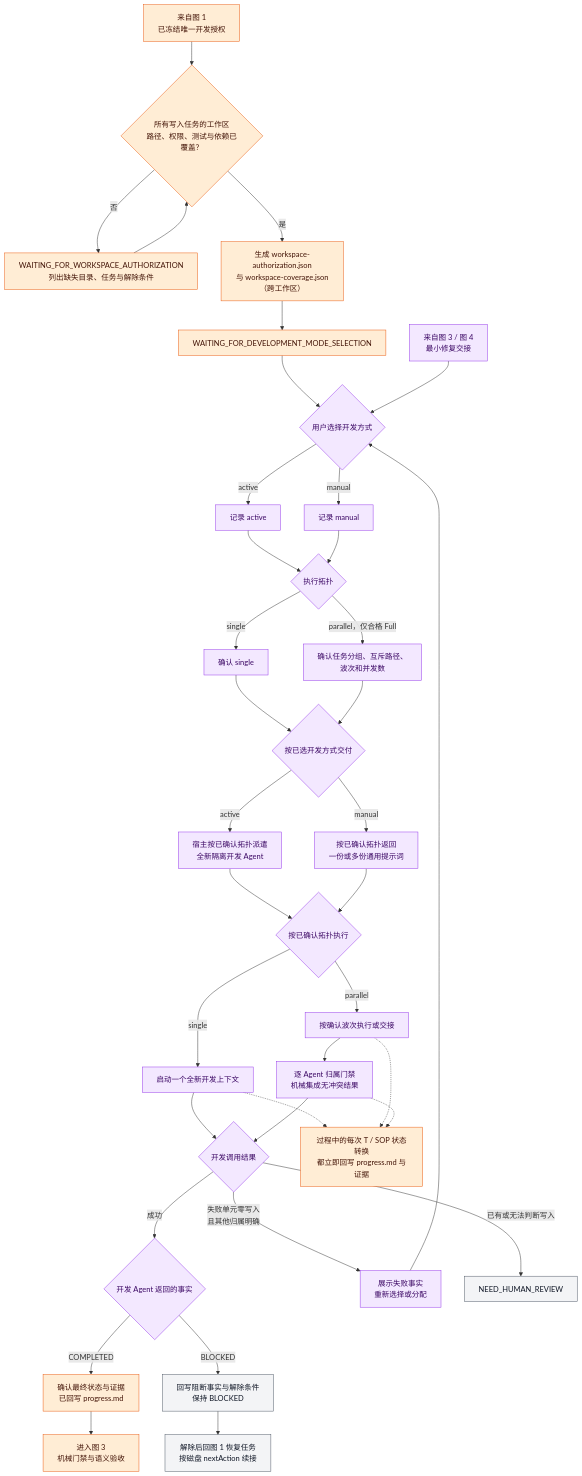
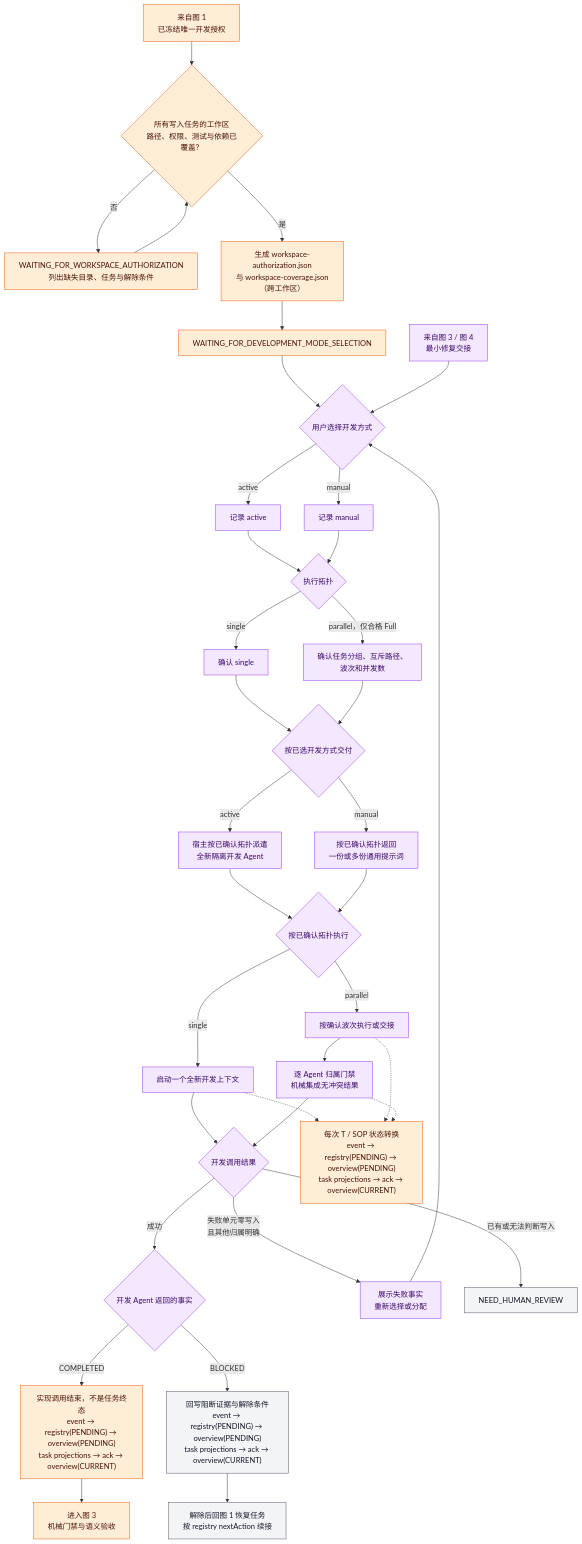
One commit to feng123321li/gated-ai-dev-loop changed the third of 5 diagrams in skills/gated-ai-dev-loop/references/workflow.md. Above: the diagram before and after it, drawn with Mermaid. The commit also changed other lines of this file and 15 other files, not shown here.

Commit message:
feat(skill): add deterministic workspace task registry

````diff
--- a/skills/gated-ai-dev-loop/references/workflow.md
+++ b/skills/gated-ai-dev-loop/references/workflow.md
@@ -97,50 +101,50 @@
 ```mermaid
 flowchart TD
     START["来自图 1<br/>已冻结唯一开发授权"] --> WORKSPACE_CHECK{"所有写入任务的工作区<br/>路径、权限、测试与依赖已覆盖？"}
     WORKSPACE_CHECK -->|否| WORKSPACE_WAIT["WAITING_FOR_WORKSPACE_AUTHORIZATION<br/>列出缺失目录、任务与解除条件"]
     WORKSPACE_WAIT --> WORKSPACE_CHECK
     WORKSPACE_CHECK -->|是| WORKSPACE_PASS["生成 workspace-authorization.json<br/>与 workspace-coverage.json（跨工作区）"]
 
     WORKSPACE_PASS --> MODE_WAIT["WAITING_FOR_DEVELOPMENT_MODE_SELECTION"]
     MODE_WAIT --> DEV_MODE{"用户选择开发方式"}
     REPAIR_IN["来自图 3 / 图 4<br/>最小修复交接"] --> DEV_MODE
 
     DEV_MODE -->|active| ACTIVE_SELECTED["记录 active"]
     DEV_MODE -->|manual| MANUAL_SELECTED["记录 manual"]
     ACTIVE_SELECTED --> TOPOLOGY{"执行拓扑"}
     MANUAL_SELECTED --> TOPOLOGY
     TOPOLOGY -->|single| SINGLE_PLAN["确认 single"]
     TOPOLOGY -->|parallel，仅合格 Full| PARALLEL_PLAN["确认任务分组、互斥路径、<br/>波次和并发数"]
     SINGLE_PLAN --> DISPATCH{"按已选开发方式交付"}
     PARALLEL_PLAN --> DISPATCH
     DISPATCH -->|active| ACTIVE_HOST["宿主按已确认拓扑派遣<br/>全新隔离开发 Agent"]
     DISPATCH -->|manual| MANUAL_RUNTIME["按已确认拓扑返回<br/>一份或多份通用提示词"]
     ACTIVE_HOST --> EXECUTION{"按已确认拓扑执行"}
     MANUAL_RUNTIME --> EXECUTION
     EXECUTION -->|single| SINGLE_DEV["启动一个全新开发上下文"]
     EXECUTION -->|parallel| PARALLEL_DEV["按确认波次执行或交接"]
     PARALLEL_DEV --> INTEGRATE["逐 Agent 归属门禁<br/>机械集成无冲突结果"]
 
     SINGLE_DEV --> ACTIVE_RESULT{"开发调用结果"}
     INTEGRATE --> ACTIVE_RESULT
     ACTIVE_RESULT -->|成功| DEV_RESULT{"开发 Agent 返回的事实"}
     ACTIVE_RESULT -->|失败单元零写入<br/>且其他归属明确| RESELECT["展示失败事实<br/>重新选择或分配"]
     RESELECT --> DEV_MODE
     ACTIVE_RESULT -->|已有或无法判断写入| HUMAN["NEED_HUMAN_REVIEW"]
 
-    DEV_RESULT -->|COMPLETED| WRITEBACK["确认最终状态与证据<br/>已回写 progress.md"]
-    DEV_RESULT -->|BLOCKED| BLOCKED["回写阻断事实与解除条件<br/>保持 BLOCKED"]
-    BLOCKED --> RESUME_BLOCKED["解除后回图 1 恢复任务<br/>按磁盘 nextAction 续接"]
-    SINGLE_DEV -.-> PROGRESS_NOTE["过程中的每次 T / SOP 状态转换<br/>都立即回写 progress.md 与证据"]
+    DEV_RESULT -->|COMPLETED| WRITEBACK["实现调用结束，不是任务终态<br/>event → registry(PENDING) → overview(PENDING)<br/>task projections → ack → overview(CURRENT)"]
+    DEV_RESULT -->|BLOCKED| BLOCKED["回写阻断证据与解除条件<br/>event → registry(PENDING) → overview(PENDING)<br/>task projections → ack → overview(CURRENT)"]
+    BLOCKED --> RESUME_BLOCKED["解除后回图 1 恢复任务<br/>按 registry nextAction 续接"]
+    SINGLE_DEV -.-> PROGRESS_NOTE["每次 T / SOP 状态转换<br/>event → registry(PENDING) → overview(PENDING)<br/>task projections → ack → overview(CURRENT)"]
     PARALLEL_DEV -.-> PROGRESS_NOTE
     INTEGRATE -.-> PROGRESS_NOTE
     WRITEBACK --> NEXT["进入图 3<br/>机械门禁与语义验收"]
 
     classDef developer fill:#f3e8ff,stroke:#9333ea,color:#3b0764;
     classDef gate fill:#ffedd5,stroke:#ea580c,color:#431407;
     classDef human fill:#f3f4f6,stroke:#4b5563,color:#111827;
 
     class DEV_MODE,REPAIR_IN,ACTIVE_SELECTED,MANUAL_SELECTED,TOPOLOGY,SINGLE_PLAN,PARALLEL_PLAN,DISPATCH,ACTIVE_HOST,MANUAL_RUNTIME,EXECUTION,SINGLE_DEV,PARALLEL_DEV,INTEGRATE,ACTIVE_RESULT,RESELECT,DEV_RESULT developer;
     class START,WORKSPACE_CHECK,WORKSPACE_WAIT,WORKSPACE_PASS,MODE_WAIT,PROGRESS_NOTE,WRITEBACK,NEXT gate;
     class HUMAN,BLOCKED,RESUME_BLOCKED human;
 ```
````
